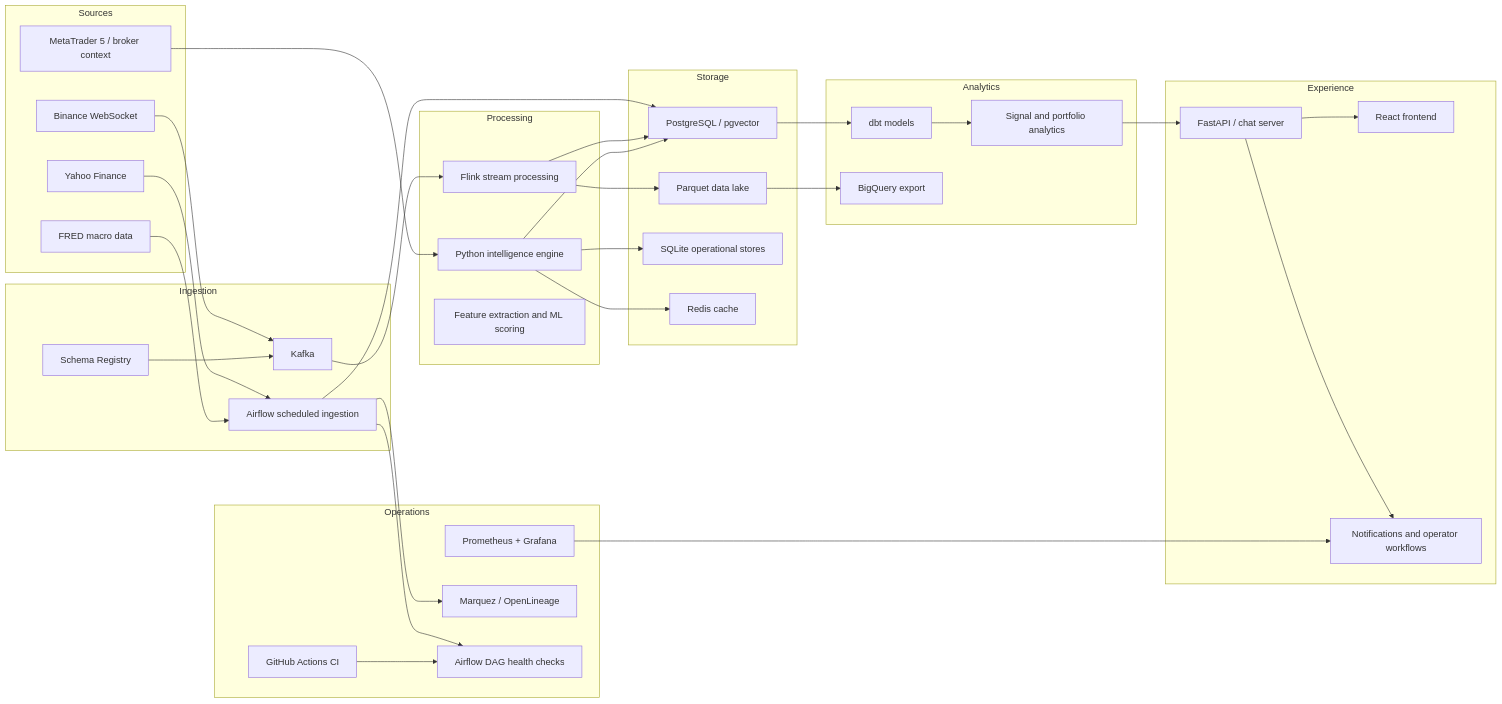
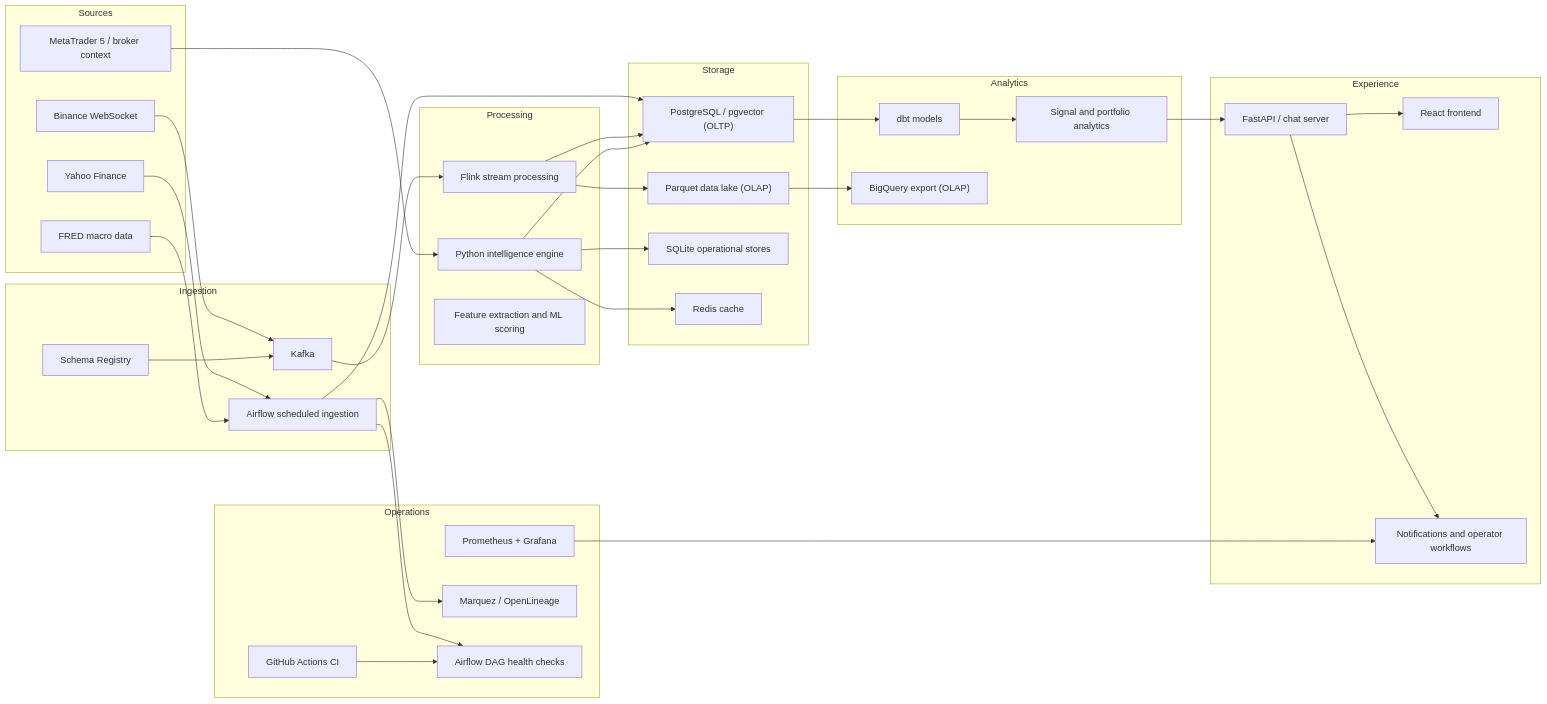
One commit to NateviratYungram/crypto-stream-ai changed the second of 4 diagrams in README.md. Above: the diagram before and after it, drawn with Mermaid. The commit also changed other lines of this file, not shown here.

Commit message:
docs: add data flow and storage labeling

````diff
--- a/README.md
+++ b/README.md
@@ -82,70 +82,70 @@
 ```mermaid
 flowchart LR
     subgraph Sources
         A1["Binance WebSocket"]
         A2["Yahoo Finance"]
         A3["FRED macro data"]
         A4["MetaTrader 5 / broker context"]
     end
 
     subgraph Ingestion
         B1["Kafka"]
         B2["Schema Registry"]
         B3["Airflow scheduled ingestion"]
     end
 
     subgraph Processing
         C1["Flink stream processing"]
         C2["Python intelligence engine"]
         C3["Feature extraction and ML scoring"]
     end
 
     subgraph Storage
-        D1["PostgreSQL / pgvector"]
-        D2["Parquet data lake"]
+        D1["PostgreSQL / pgvector (OLTP)"]
+        D2["Parquet data lake (OLAP)"]
         D3["SQLite operational stores"]
         D4["Redis cache"]
     end
 
     subgraph Analytics
         E1["dbt models"]
-        E2["BigQuery export"]
+        E2["BigQuery export (OLAP)"]
         E3["Signal and portfolio analytics"]
     end
 
     subgraph Experience
         F1["React frontend"]
         F2["FastAPI / chat server"]
         F3["Notifications and operator workflows"]
     end
 
     subgraph Operations
         G1["GitHub Actions CI"]
         G2["Prometheus + Grafana"]
         G3["Marquez / OpenLineage"]
         G4["Airflow DAG health checks"]
     end
 
     A1 --> B1
     A2 --> B3
     A3 --> B3
     A4 --> C2
     B2 --> B1
     B1 --> C1
     B3 --> D1
     C1 --> D1
     C1 --> D2
     C2 --> D1
     C2 --> D3
     C2 --> D4
     D1 --> E1
     D2 --> E2
     E1 --> E3
     E3 --> F2
     F2 --> F1
     F2 --> F3
     B3 --> G4
     B3 --> G3
     G1 --> G4
     G2 --> F3
 ```
````
